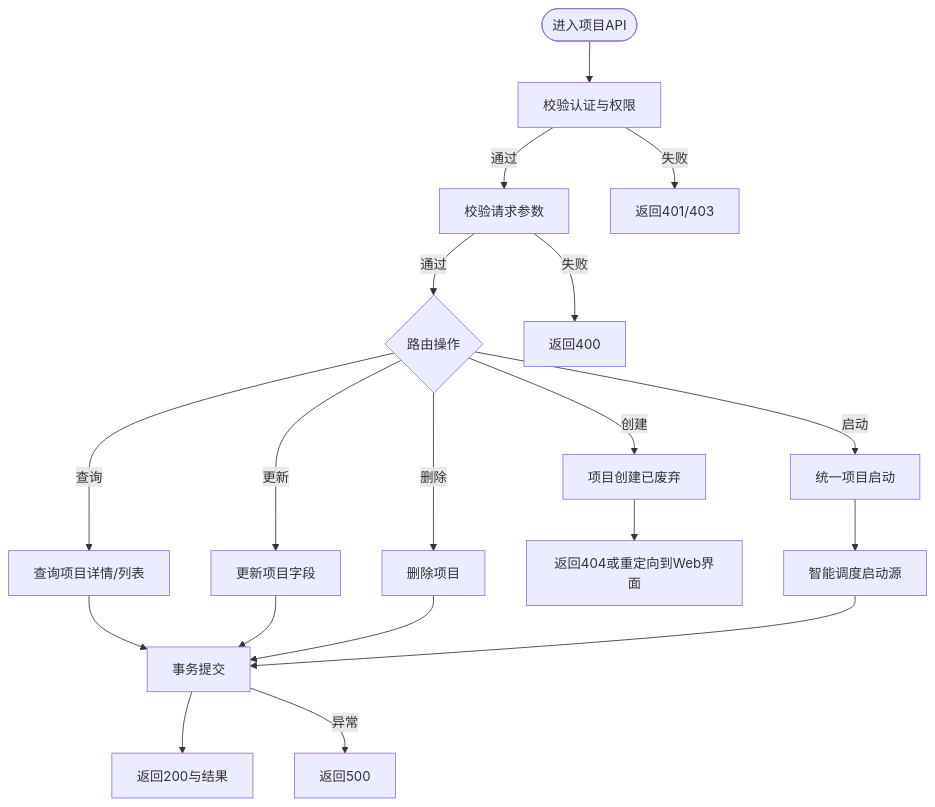
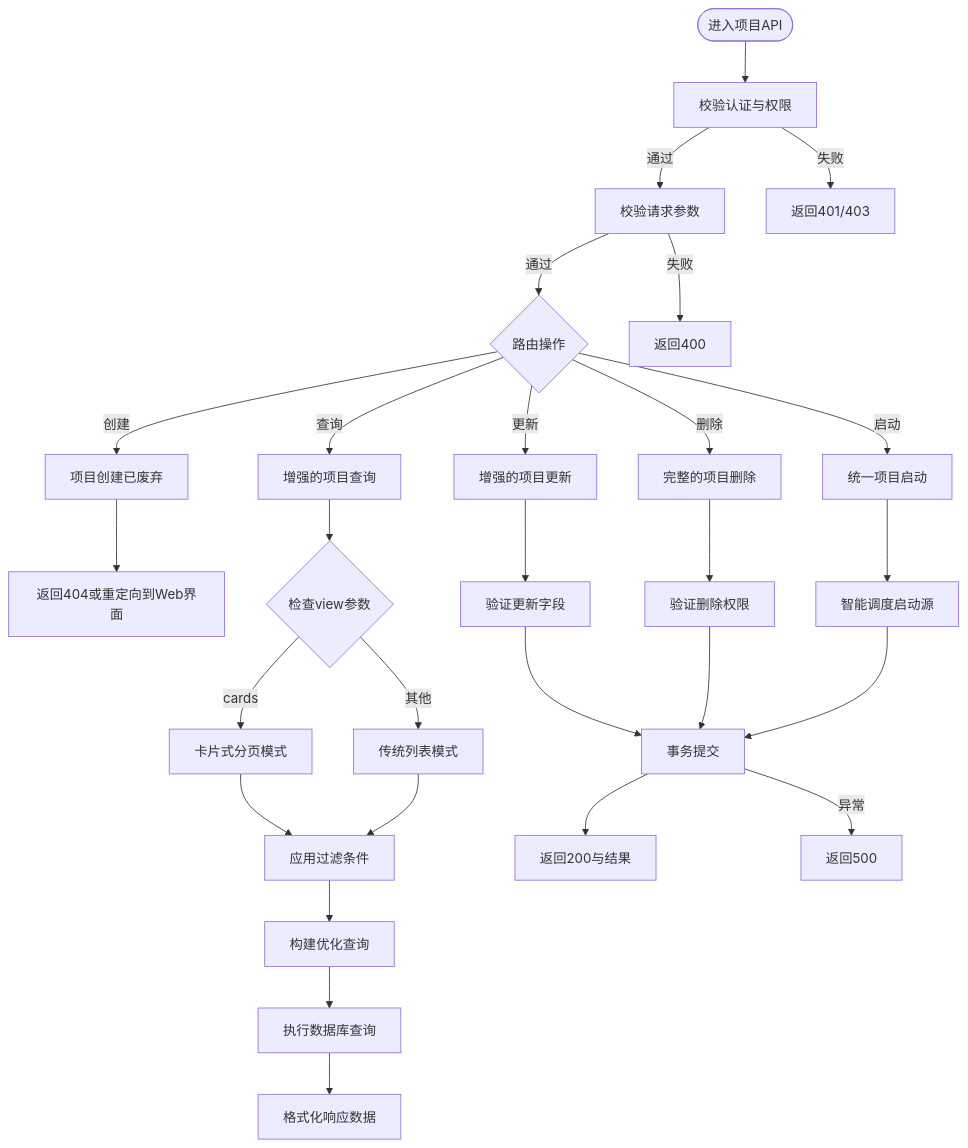
Before and after one commit to scottcwy/PurpleInk: the third of 10 diagrams in .qoder/repowiki/zh/content/API参考/项目管理API.md, drawn with Mermaid. The commit also changed other lines of this file and 23 other files, not shown here.

````diff
--- a/.qoder/repowiki/zh/content/API参考/项目管理API.md
+++ b/.qoder/repowiki/zh/content/API参考/项目管理API.md
@@ -216,21 +240,30 @@
 ```mermaid
 flowchart TD
 Start(["进入项目API"]) --> CheckAuth["校验认证与权限"]
 CheckAuth --> |通过| ValidateInput["校验请求参数"]
 CheckAuth --> |失败| Return401["返回401/403"]
 ValidateInput --> |通过| RouteOp{"路由操作"}
 ValidateInput --> |失败| Return400["返回400"]
 RouteOp --> |创建| Create["项目创建已废弃"]
-RouteOp --> |查询| Query["查询项目详情/列表"]
-RouteOp --> |更新| Update["更新项目字段"]
-RouteOp --> |删除| Delete["删除项目"]
+RouteOp --> |查询| Query["增强的项目查询"]
+RouteOp --> |更新| Update["增强的项目更新"]
+RouteOp --> |删除| Delete["完整的项目删除"]
 RouteOp --> |启动| StartProj["统一项目启动"]
 Create --> Error["返回404或重定向到Web界面"]
-Query --> Commit["事务提交"]
-Update --> Commit
-Delete --> Commit
+Query --> CheckView{"检查view参数"}
+CheckView --> |cards| CardMode["卡片式分页模式"]
+CheckView --> |其他| ListMode["传统列表模式"]
+CardMode --> ApplyFilters["应用过滤条件"]
+ListMode --> ApplyFilters
+ApplyFilters --> BuildQuery["构建优化查询"]
+BuildQuery --> Execute["执行数据库查询"]
+Execute --> FormatResponse["格式化响应数据"]
+Update --> ValidateFields["验证更新字段"]
+ValidateFields --> Commit["事务提交"]
+Delete --> ValidateDelete["验证删除权限"]
+ValidateDelete --> Commit
 StartProj --> Dispatch["智能调度启动源"]
 Dispatch --> Commit
 Commit --> Return200["返回200与结果"]
 Commit --> |异常| Return500["返回500"]
 ```
````
